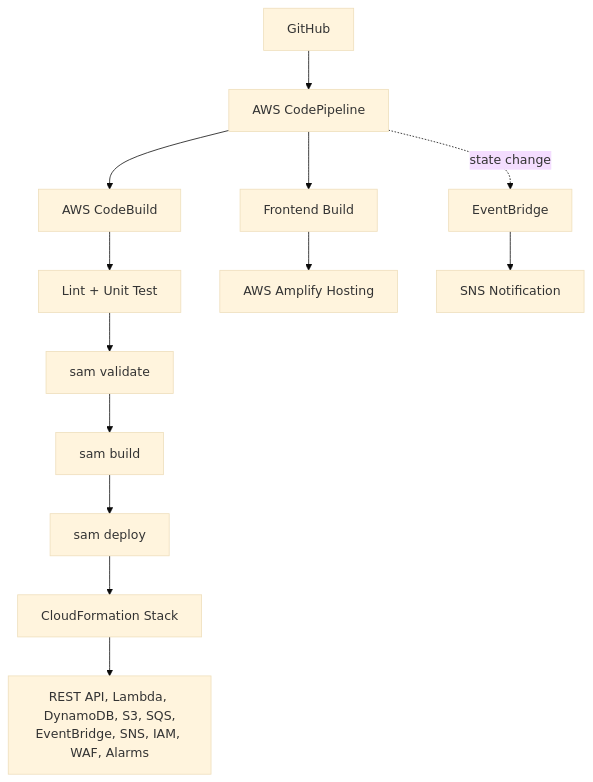
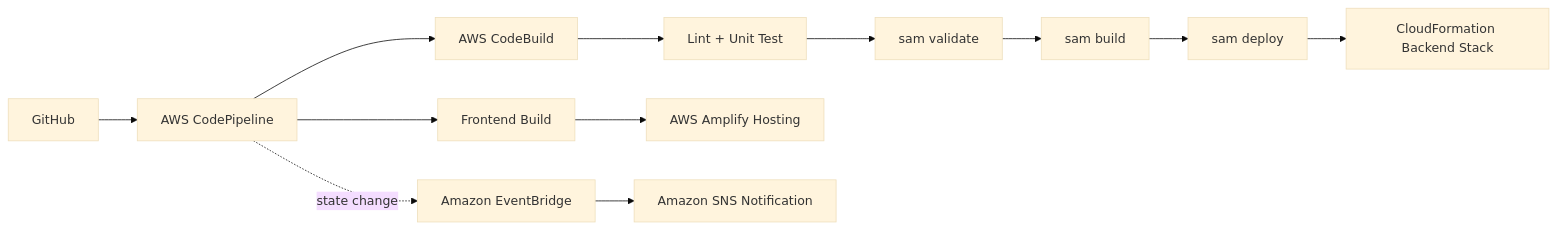
The second of 2 diagrams in README.md (super-chickens-aws/polly-voice), drawn with Mermaid (base theme) before and after one commit. The commit also changed other lines of this file, not shown here.

Commit message:
docs: align README with Amplify architecture and current MVP

````diff
--- a/README.md
+++ b/README.md
@@ -409,15 +482,16 @@
 ```mermaid
-flowchart TD
+flowchart LR
     GH[GitHub] --> PIPE[AWS CodePipeline]
     PIPE --> BUILD[AWS CodeBuild]
-    BUILD --> LINT[Lint + Unit Test]
-    LINT --> VALIDATE[sam validate]
+    BUILD --> TEST[Lint + Unit Test]
+    TEST --> VALIDATE[sam validate]
     VALIDATE --> SAMBUILD[sam build]
     SAMBUILD --> DEPLOY[sam deploy]
-    DEPLOY --> STACK[CloudFormation Stack]
-    STACK --> RESOURCES[REST API, Lambda, DynamoDB, S3, SQS,<br/>EventBridge, SNS, IAM, WAF, Alarms]
-    PIPE --> FRONTEND[Frontend Build]
-    FRONTEND --> AMP[AWS Amplify Hosting]
-    PIPE -. state change .-> EVENT[EventBridge]
-    EVENT --> NOTIFY[SNS Notification]
+    DEPLOY --> STACK[CloudFormation Backend Stack]
+
+    PIPE --> FRONTEND_BUILD[Frontend Build]
+    FRONTEND_BUILD --> AMP[AWS Amplify Hosting]
+
+    PIPE -. state change .-> EVENT[Amazon EventBridge]
+    EVENT --> SNS[Amazon SNS Notification]
 ```
````
